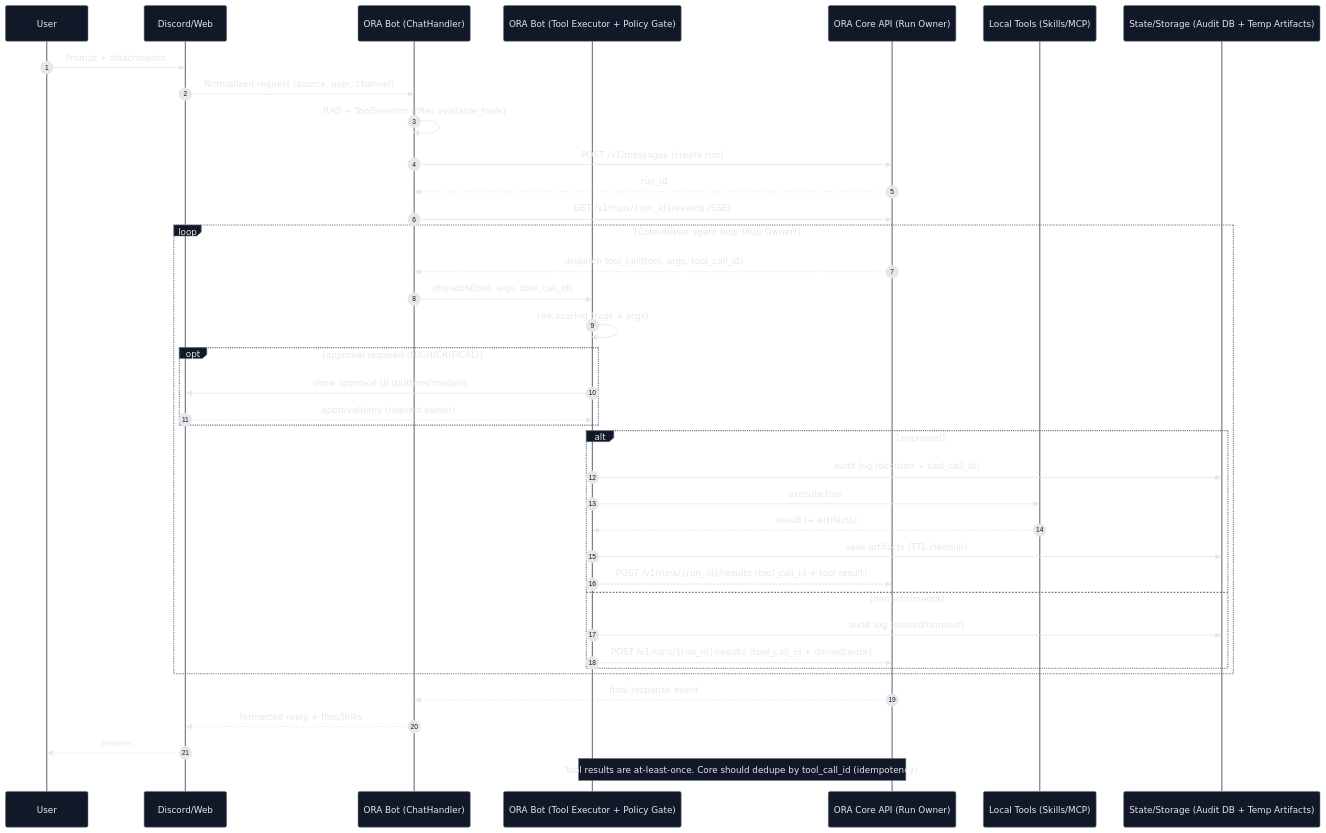
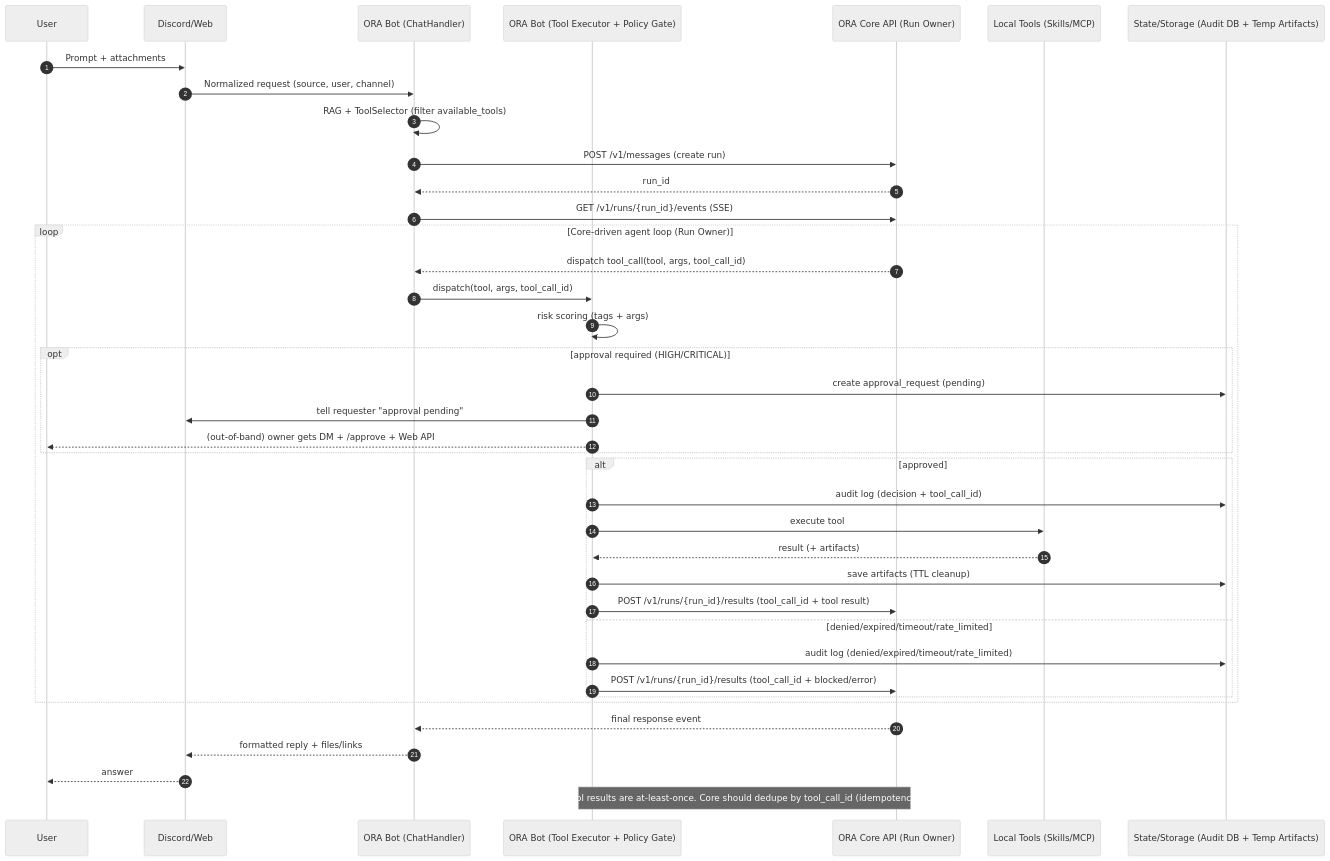
The diagram in README.md (YoneRai12/YonerAI), drawn with Mermaid before and after one commit. The commit also changed other lines of this file and 1 other file, not shown here.

Commit message:
docs: fix GitHub Mermaid contrast for sequence diagram

````diff
--- a/README.md
+++ b/README.md
@@ -192,45 +194,46 @@
 ```mermaid
-%%{init: {"theme":"base","themeVariables":{"mainBkg":"#0d1117","textColor":"#e5e7eb","lineColor":"#9ca3af","primaryColor":"#111827","primaryTextColor":"#e5e7eb","primaryBorderColor":"#6b7280","actorBkg":"#111827","actorBorder":"#6b7280","actorTextColor":"#e5e7eb","actorLineColor":"#6b7280","signalColor":"#e5e7eb","signalTextColor":"#e5e7eb","sequenceNumberBgColor":"#e5e7eb","sequenceNumberColor":"#111827","labelBoxBkgColor":"#111827","labelBoxBorderColor":"#6b7280","labelTextColor":"#e5e7eb","loopBkgColor":"#111827","loopBorderColor":"#6b7280","loopTextColor":"#e5e7eb","noteBkgColor":"#111827","noteBorderColor":"#6b7280","noteTextColor":"#e5e7eb","activationBkgColor":"#1f2937","activationBorderColor":"#6b7280"}}}%%
+%%{init: {"theme":"neutral"}}%%
 sequenceDiagram
     autonumber
     participant U as User
     participant P as Discord/Web
     participant CH as ORA Bot (ChatHandler)
     participant EX as ORA Bot (Tool Executor + Policy Gate)
     participant CORE as ORA Core API (Run Owner)
     participant LT as Local Tools (Skills/MCP)
     participant ST as State/Storage (Audit DB + Temp Artifacts)
 
     U->>P: Prompt + attachments
     P->>CH: Normalized request (source, user, channel)
     CH->>CH: RAG + ToolSelector (filter available_tools)
     CH->>CORE: POST /v1/messages (create run)
     CORE-->>CH: run_id
     CH->>CORE: GET /v1/runs/{run_id}/events (SSE)
 
     loop Core-driven agent loop (Run Owner)
         CORE-->>CH: dispatch tool_call(tool, args, tool_call_id)
         CH->>EX: dispatch(tool, args, tool_call_id)
         EX->>EX: risk scoring (tags + args)
         opt approval required (HIGH/CRITICAL)
-            EX->>P: show approval UI (buttons/modals)
-            P-->>EX: approve/deny (request owner)
+            EX->>ST: create approval_request (pending)
+            EX->>P: tell requester "approval pending"
+            EX-->>U: (out-of-band) owner gets DM + /approve + Web API
         end
         alt approved
             EX->>ST: audit log (decision + tool_call_id)
             EX->>LT: execute tool
             LT-->>EX: result (+ artifacts)
             EX->>ST: save artifacts (TTL cleanup)
             EX->>CORE: POST /v1/runs/{run_id}/results (tool_call_id + tool result)
-        else denied/timeout
-            EX->>ST: audit log (denied/timeout)
-            EX->>CORE: POST /v1/runs/{run_id}/results (tool_call_id + denied/error)
+        else denied/expired/timeout/rate_limited
+            EX->>ST: audit log (denied/expired/timeout/rate_limited)
+            EX->>CORE: POST /v1/runs/{run_id}/results (tool_call_id + blocked/error)
         end
     end
 
     CORE-->>CH: final response event
     CH-->>P: formatted reply + files/links
     P-->>U: answer
 
     Note over EX,CORE: Tool results are at-least-once. Core should dedupe by tool_call_id (idempotency).
 ```
````
